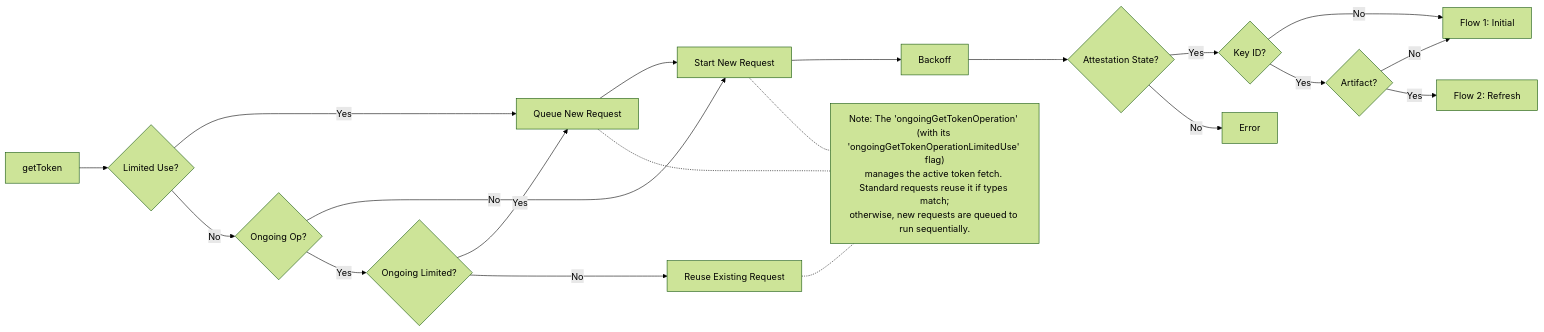
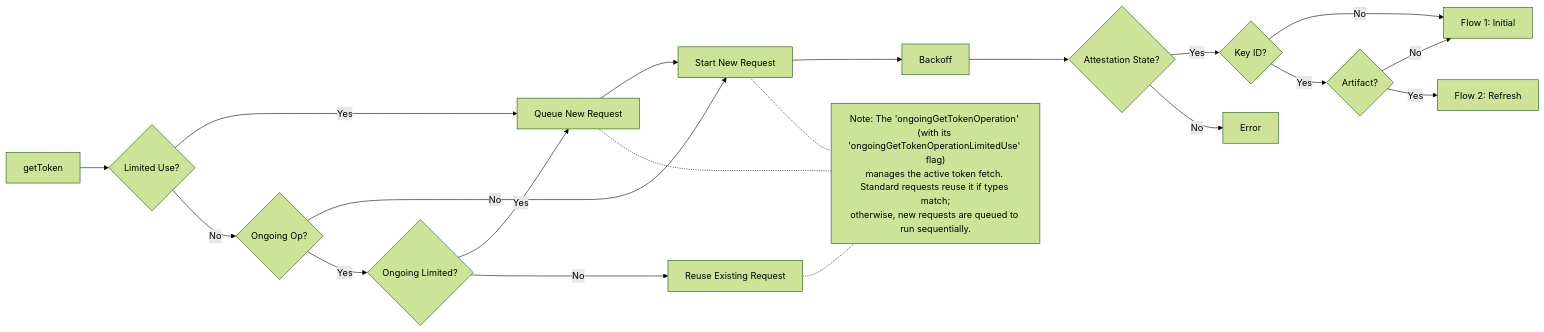
The first of 4 diagrams in docs/providers/app-attest.md (google/app-check), drawn with Mermaid (forest theme) before and after one commit.

````diff
--- a/docs/providers/app-attest.md
+++ b/docs/providers/app-attest.md
@@ -31,33 +31,33 @@
 ```mermaid
-%%{init: {"flowchart": {"diagramPadding": 125}}}%%
+%%{init: {"flowchart": {"diagramPadding": 130}}}%%
 flowchart LR
     Start[getToken] --> CheckUse{Limited Use?}
     
     CheckUse -- Yes --> Queue[Queue New Request]
     CheckUse -- No --> Coalesce{Ongoing Op?}
     
     Coalesce -- No --> StartNew[Start New Request]
     Coalesce -- Yes --> CheckOngoing{Ongoing Limited?}
     
     CheckOngoing -- Yes --> Queue
     CheckOngoing -- No --> Reuse[Reuse Existing Request]
     
     Queue --> StartNew
     StartNew --> Backoff[Backoff]
     
     Backoff --> StateCheck{Attestation State?}
     
     StateCheck -->|Yes| KeyCheck{Key ID?}
     
     KeyCheck -- No --> Flow1[Flow 1: Initial]
     KeyCheck -- Yes --> ArtifactCheck{Artifact?}
     
     ArtifactCheck -- No --> Flow1
     ArtifactCheck -- Yes --> Flow2[Flow 2: Refresh]
 
     StateCheck -->|No| Error[Error]
 
     Reuse -.- Footnote["Note: The 'ongoingGetTokenOperation' (with its 'ongoingGetTokenOperationLimitedUse' flag)<br/>manages the active token fetch. Standard requests reuse it if types match;<br/>otherwise, new requests are queued to run sequentially."]
     Queue -.- Footnote
     StartNew -.- Footnote
 ```
````
